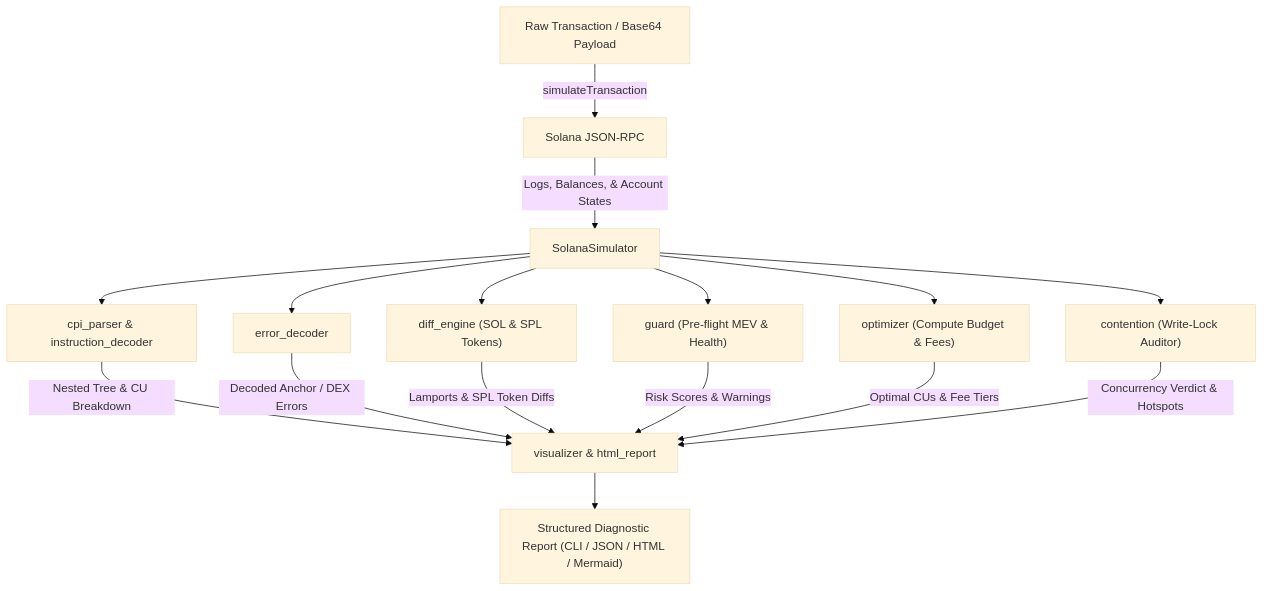
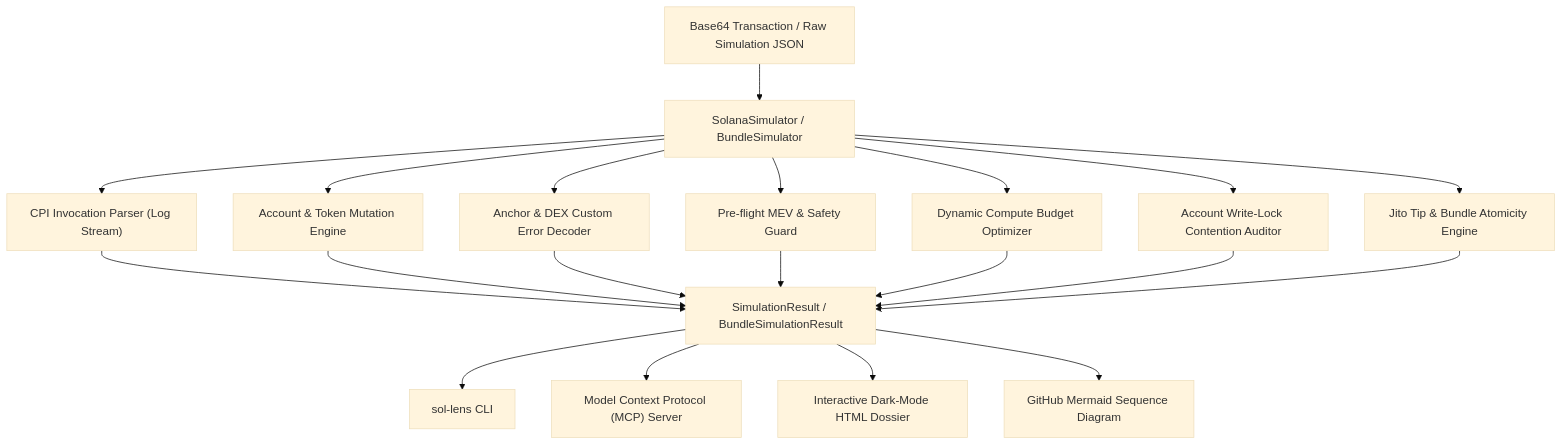
The diagram in README.md (devsoniclk/solana-tx-lens), drawn with Mermaid (base theme) before and after one commit. The commit also changed other lines of this file and 9 other files, not shown here.

First line of the commit message:
feat(v0.4.0): atomic Jito bundle simulator, MCP stdio server, and tip analyzer

````diff
--- a/README.md
+++ b/README.md
@@ -50,18 +53,24 @@
 ```mermaid
 flowchart TD
-    A["Raw Transaction / Base64 Payload"] -->|"simulateTransaction"| B["Solana JSON-RPC"]
-    B -->|"Logs, Balances, & Account States"| C["SolanaSimulator"]
-    C --> D["cpi_parser & instruction_decoder"]
-    C --> E["error_decoder"]
-    C --> F["diff_engine (SOL & SPL Tokens)"]
-    C --> G["guard (Pre-flight MEV & Health)"]
-    C --> J["optimizer (Compute Budget & Fees)"]
-    C --> K["contention (Write-Lock Auditor)"]
-    D -->|"Nested Tree & CU Breakdown"| H["visualizer & html_report"]
-    E -->|"Decoded Anchor / DEX Errors"| H
-    F -->|"Lamports & SPL Token Diffs"| H
-    G -->|"Risk Scores & Warnings"| H
-    J -->|"Optimal CUs & Fee Tiers"| H
-    K -->|"Concurrency Verdict & Hotspots"| H
-    H --> I["Structured Diagnostic Report (CLI / JSON / HTML / Mermaid)"]
+    RawTx["Base64 Transaction / Raw Simulation JSON"] --> Simulator["SolanaSimulator / BundleSimulator"]
+    Simulator --> CPIParser["CPI Invocation Parser (Log Stream)"]
+    Simulator --> DiffEngine["Account & Token Mutation Engine"]
+    Simulator --> ErrorDecoder["Anchor & DEX Custom Error Decoder"]
+    Simulator --> Guard["Pre-flight MEV & Safety Guard"]
+    Simulator --> Optimizer["Dynamic Compute Budget Optimizer"]
+    Simulator --> Contention["Account Write-Lock Contention Auditor"]
+    Simulator --> JitoTip["Jito Tip & Bundle Atomicity Engine"]
+
+    CPIParser --> Res["SimulationResult / BundleSimulationResult"]
+    DiffEngine --> Res
+    ErrorDecoder --> Res
+    Guard --> Res
+    Optimizer --> Res
+    Contention --> Res
+    JitoTip --> Res
+
+    Res --> CLI["sol-lens CLI"]
+    Res --> MCP["Model Context Protocol (MCP) Server"]
+    Res --> HTML["Interactive Dark-Mode HTML Dossier"]
+    Res --> MermaidSeq["GitHub Mermaid Sequence Diagram"]
 ```
````
